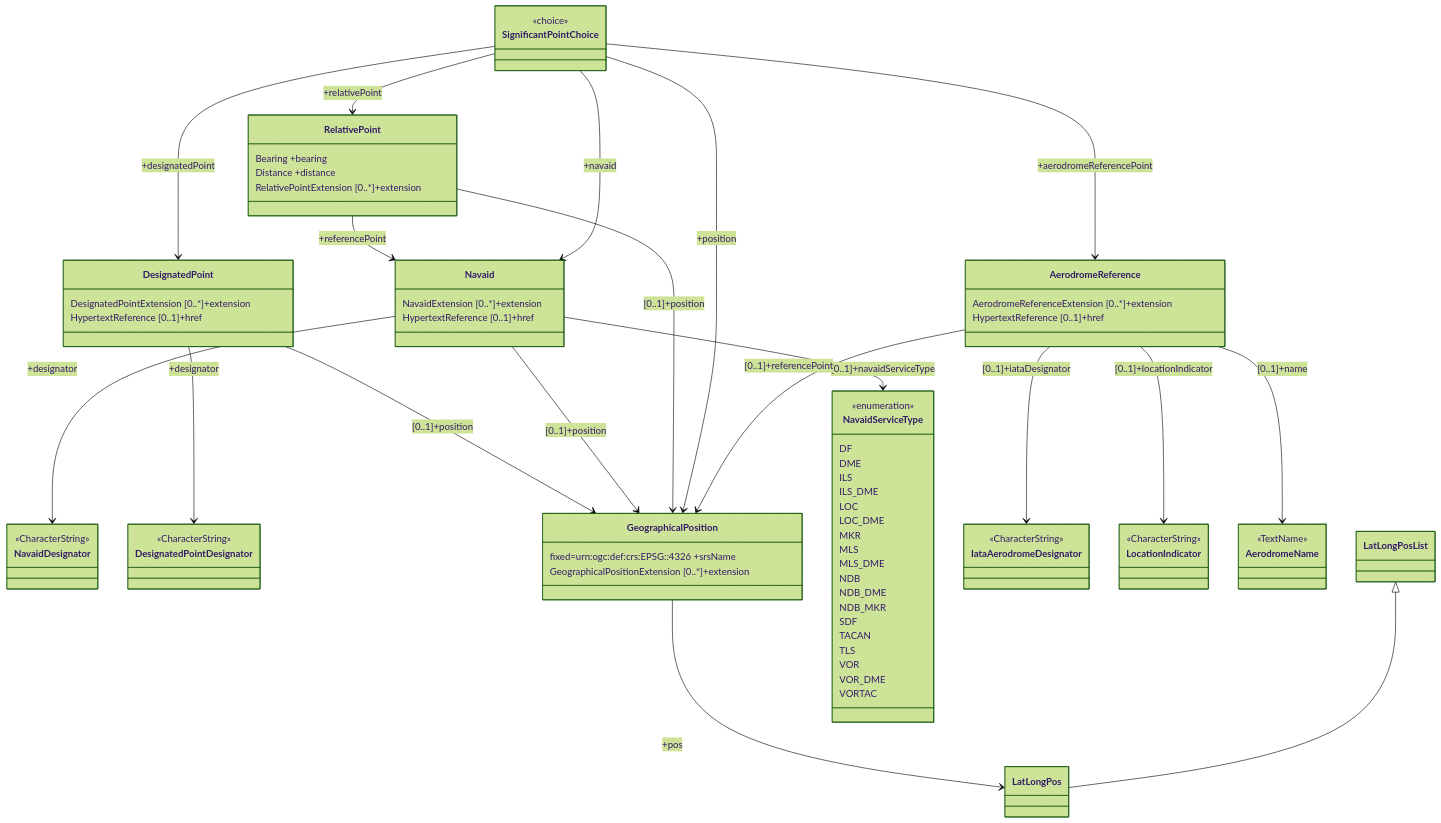
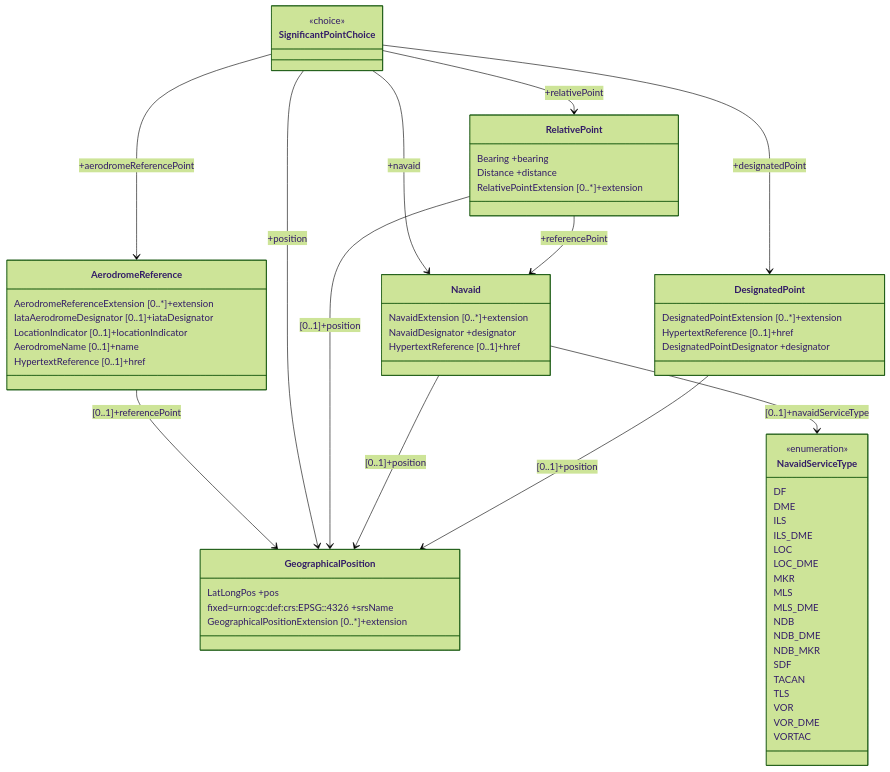
One commit to hlepori/test_docsify changed the fourth of 28 diagrams in docs/fixm/FIXM_UML_in_mermaid.md. Above: the diagram before and after it, drawn with Mermaid (forest theme). The commit also changed other lines of this file, not shown here.

````diff
--- a/docs/fixm/FIXM_UML_in_mermaid.md
+++ b/docs/fixm/FIXM_UML_in_mermaid.md
@@ -132,23 +105,19 @@
 ```mermaid
 classDiagram
-class NavaidDesignator
-link NavaidDesignator "https://www.fixm.aero/releases/FIXM-4.2.0/doc/schema_documentation/Fixm_NavaidDesignatorType.html" "Go to XML definition"
 class DesignatedPoint
 DesignatedPoint : DesignatedPointExtension [0..*]+extension
 DesignatedPoint : HypertextReference [0..1]+href
-DesignatedPoint --> DesignatedPointDesignator : +designator
+DesignatedPoint : DesignatedPointDesignator +designator
 DesignatedPoint --> GeographicalPosition : [0..1]+position
 link DesignatedPoint "https://www.fixm.aero/releases/FIXM-4.2.0/doc/schema_documentation/Fixm_DesignatedPointType.html" "Go to XML definition"
-class LatLongPos
-link LatLongPos "https://www.fixm.aero/releases/FIXM-4.2.0/doc/schema_documentation/Fixm_LatLongPosType.html" "Go to XML definition"
 class GeographicalPosition
-GeographicalPosition --> LatLongPos : +pos
+GeographicalPosition : LatLongPos +pos
 GeographicalPosition : fixed#61;urn#58;ogc#58;def#58;crs#58;EPSG#58;#58;4326 +srsName
 GeographicalPosition : GeographicalPositionExtension [0..*]+extension
 link GeographicalPosition "https://www.fixm.aero/releases/FIXM-4.2.0/doc/schema_documentation/Fixm_GeographicalPositionType.html" "Go to XML definition"
 class Navaid
 Navaid : NavaidExtension [0..*]+extension
-Navaid --> NavaidDesignator : +designator
+Navaid : NavaidDesignator +designator
 Navaid : HypertextReference [0..1]+href
 Navaid --> NavaidServiceType : [0..1]+navaidServiceType
 Navaid --> GeographicalPosition : [0..1]+position
@@ -191,24 +160,10 @@
 link NavaidServiceType "https://www.fixm.aero/releases/FIXM-4.2.0/doc/schema_documentation/Fixm_NavaidServiceTypeType.html" "Go to XML definition"
 class AerodromeReference
 AerodromeReference : AerodromeReferenceExtension [0..*]+extension
-AerodromeReference --> IataAerodromeDesignator : [0..1]+iataDesignator
-AerodromeReference --> LocationIndicator : [0..1]+locationIndicator
-AerodromeReference --> AerodromeName : [0..1]+name
+AerodromeReference : IataAerodromeDesignator [0..1]+iataDesignator
+AerodromeReference : LocationIndicator [0..1]+locationIndicator
+AerodromeReference : AerodromeName [0..1]+name
 AerodromeReference --> GeographicalPosition : [0..1]+referencePoint
 AerodromeReference : HypertextReference [0..1]+href
 link AerodromeReference "https://www.fixm.aero/releases/FIXM-4.2.0/doc/schema_documentation/Fixm_AerodromeReferenceType.html" "Go to XML definition"
-class AerodromeName
-link AerodromeName "https://www.fixm.aero/releases/FIXM-4.2.0/doc/schema_documentation/Fixm_AerodromeNameType.html" "Go to XML definition"
-class IataAerodromeDesignator
-link IataAerodromeDesignator "https://www.fixm.aero/releases/FIXM-4.2.0/doc/schema_documentation/Fixm_IataAerodromeDesignatorType.html" "Go to XML definition"
-class LocationIndicator
-link LocationIndicator "https://www.fixm.aero/releases/FIXM-4.2.0/doc/schema_documentation/Fixm_LocationIndicatorType.html" "Go to XML definition"
-class DesignatedPointDesignator
-link DesignatedPointDesignator "https://www.fixm.aero/releases/FIXM-4.2.0/doc/schema_documentation/Fixm_DesignatedPointDesignatorType.html" "Go to XML definition"
-<<CharacterString>>NavaidDesignator
-LatLongPosList <|-- LatLongPos
-<<TextName>>AerodromeName
-<<CharacterString>>IataAerodromeDesignator
-<<CharacterString>>LocationIndicator
-<<CharacterString>>DesignatedPointDesignator
 ```
````
